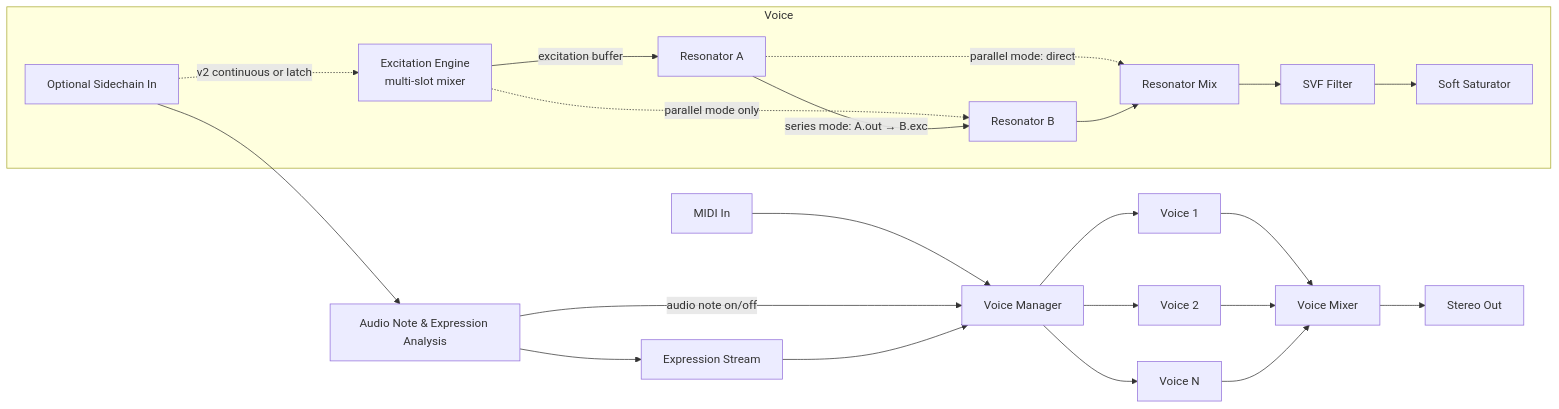
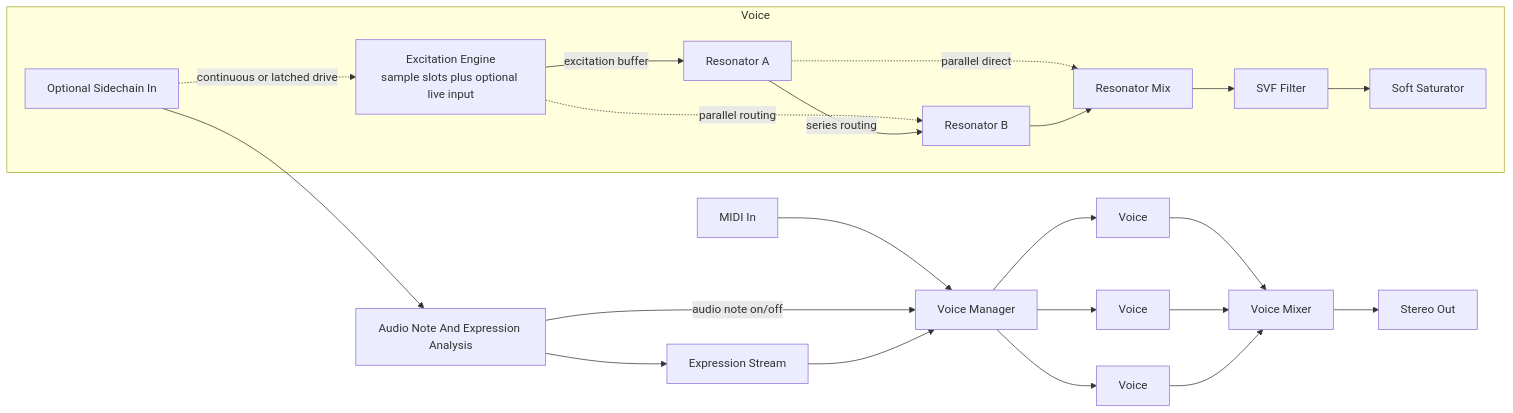
One commit to chris-arsenault/lindelion changed the diagram in docs/plugins/lamath.md. Above: the diagram before and after it, drawn with Mermaid. The commit also changed other lines of this file and 11 other files, not shown here.

````diff
--- a/docs/plugins/lamath.md
+++ b/docs/plugins/lamath.md
@@ -32,34 +37,34 @@
 ```mermaid
 flowchart LR
     MIDI[MIDI In] --> VM[Voice Manager]
-    SIDE[Optional Sidechain In] --> ANALYSIS[Audio Note & Expression Analysis]
+    SIDE[Optional Sidechain In] --> ANALYSIS[Audio Note And Expression Analysis]
     ANALYSIS -->|audio note on/off| VM
-    EXP[Expression Stream] --> VM
-    ANALYSIS --> EXP
+    ANALYSIS --> EXP[Expression Stream]
+    EXP --> VM
 
-    VM --> V1[Voice 1]
-    VM --> V2[Voice 2]
-    VM --> VN[Voice N]
+    VM --> VA[Voice]
+    VM --> VB[Voice]
+    VM --> VN[Voice]
 
     subgraph Voice
-        EE[Excitation Engine<br/>multi-slot mixer]
+        EE[Excitation Engine<br/>sample slots plus optional live input]
         RA[Resonator A]
         RB[Resonator B]
         FILT[SVF Filter]
         SAT[Soft Saturator]
 
-        SIDE -.->|v2 continuous or latch| EE
+        SIDE -.->|continuous or latched drive| EE
         EE -->|excitation buffer| RA
-        EE -.->|parallel mode only| RB
-        RA -->|series mode: A.out → B.exc| RB
-        RA -.->|parallel mode: direct| MIX2
+        EE -.->|parallel routing| RB
+        RA -->|series routing| RB
+        RA -.->|parallel direct| MIX2
         RB --> MIX2[Resonator Mix]
         MIX2 --> FILT
         FILT --> SAT
     end
 
-    V1 --> MIX[Voice Mixer]
-    V2 --> MIX
+    VA --> MIX[Voice Mixer]
+    VB --> MIX
     VN --> MIX
     MIX --> OUT[Stereo Out]
 ```
````
